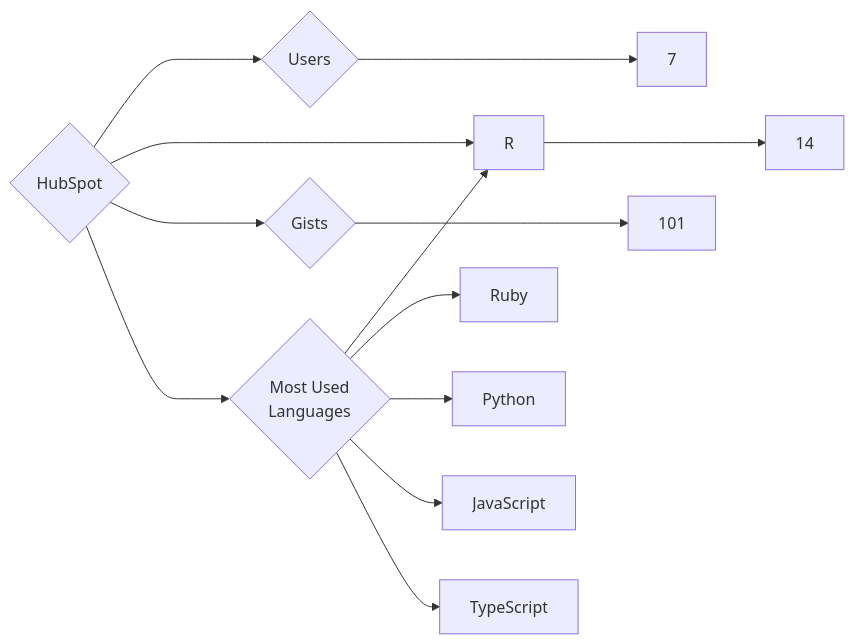
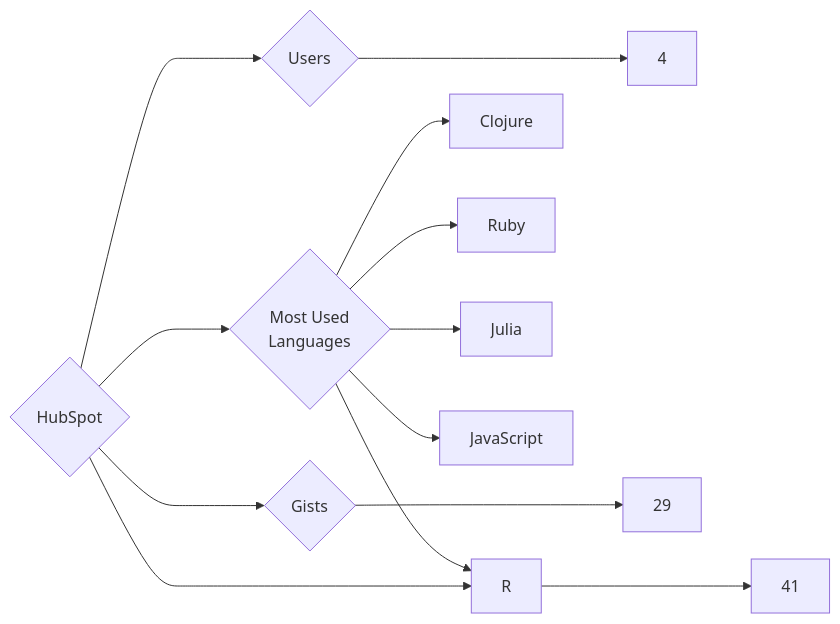
One commit to trickest/insiders changed the diagram in targets/HubSpot/README.md. Above: the diagram before and after it, drawn with Mermaid. The commit also changed 933 other files, not shown here.

````diff
--- a/targets/HubSpot/README.md
+++ b/targets/HubSpot/README.md
@@ -3,13 +3,13 @@
 ```mermaid
 graph LR
 COMPANY_NAME{HubSpot}
-COMPANY_NAME ---> U{Users} ---> UN[7]
-COMPANY_NAME ---> R{Repositories} ---> RN[14]
-COMPANY_NAME ---> G{Gists} ---> GN[101]
+COMPANY_NAME ---> U{Users} ---> UN[4]
+COMPANY_NAME ---> R{Repositories} ---> RN[41]
+COMPANY_NAME ---> G{Gists} ---> GN[29]
 COMPANY_NAME ---> ML{Most Used<br>Languages}
+ML --> Clojure[Clojure]
+ML --> Ruby[Ruby]
 ML --> R[R]
-ML --> Ruby[Ruby]
-ML --> Python[Python]
+ML --> Julia[Julia]
 ML --> JavaScript[JavaScript]
-ML --> TypeScript[TypeScript]
 ```
````
